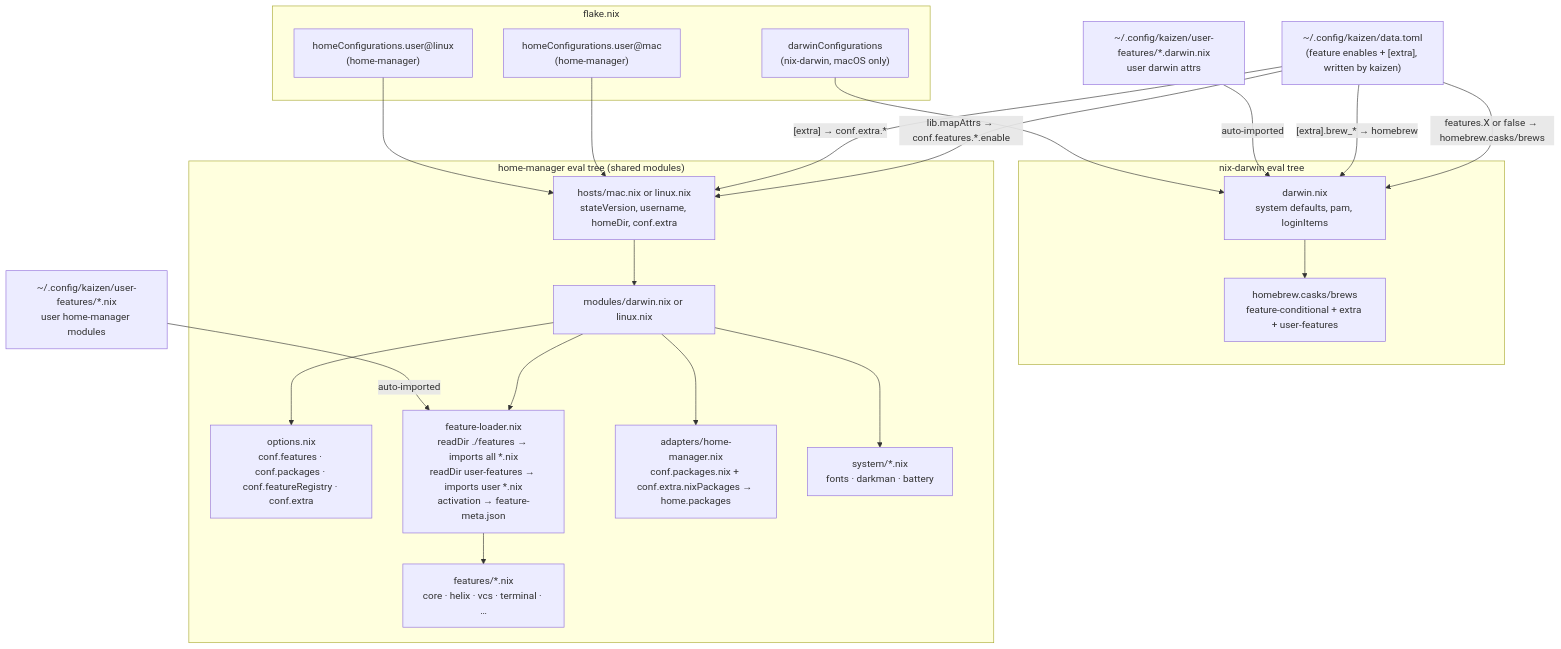
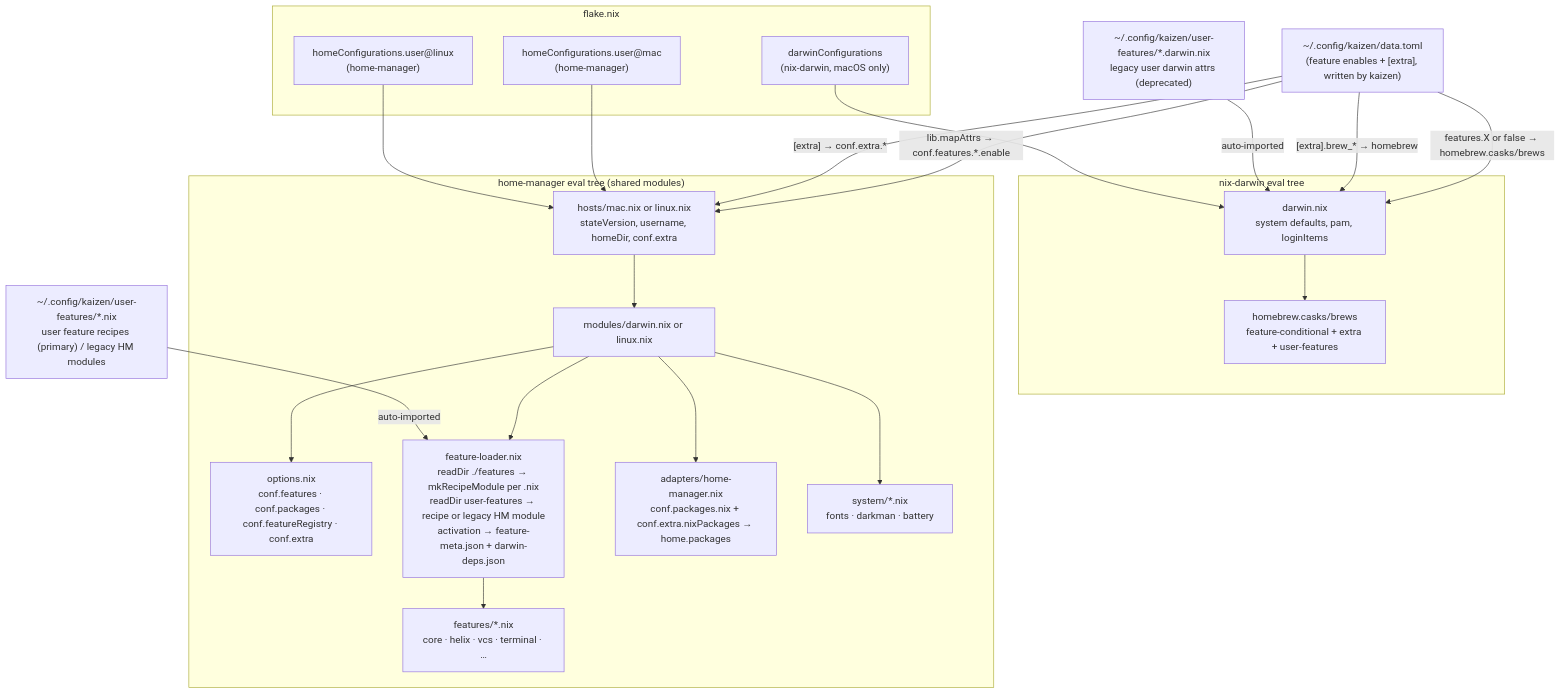
Before and after one commit to Artawower/kaizen: the seventh of 7 diagrams in docs/architecture.md, drawn with Mermaid. The commit also changed other lines of this file and 31 other files, not shown here.

First line of the commit message:
feat(nix): recipe-first feature API — pure attrset declarations

````diff
--- a/docs/architecture.md
+++ b/docs/architecture.md
@@ -233,46 +233,46 @@
 ```mermaid
 graph TD
     data["~/.config/kaizen/data.toml<br/>(feature enables + [extra], written by kaizen)"]
-    user_nix["~/.config/kaizen/user-features/*.nix<br/>user home-manager modules"]
-    user_darwin["~/.config/kaizen/user-features/*.darwin.nix<br/>user darwin attrs"]
+    user_nix["~/.config/kaizen/user-features/*.nix<br/>user feature recipes (primary) / legacy HM modules"]
+    user_darwin["~/.config/kaizen/user-features/*.darwin.nix<br/>legacy user darwin attrs (deprecated)"]
 
     subgraph flake["flake.nix"]
         darwin_cfg["darwinConfigurations<br/>(nix-darwin, macOS only)"]
         hm_mac["homeConfigurations.user@mac<br/>(home-manager)"]
         hm_linux["homeConfigurations.user@linux<br/>(home-manager)"]
     end
 
     subgraph darwin_tree["nix-darwin eval tree"]
         darwin_nix["darwin.nix<br/>system defaults, pam, loginItems"]
         brew["homebrew.casks/brews<br/>feature-conditional + extra + user-features"]
         darwin_nix --> brew
     end
 
     subgraph hm_tree["home-manager eval tree (shared modules)"]
         host["hosts/mac.nix or linux.nix<br/>stateVersion, username, homeDir, conf.extra"]
         mod["modules/darwin.nix or linux.nix"]
         options["options.nix<br/>conf.features · conf.packages · conf.featureRegistry · conf.extra"]
-        loader["feature-loader.nix<br/>readDir ./features → imports all *.nix<br/>readDir user-features → imports user *.nix<br/>activation → feature-meta.json"]
+        loader["feature-loader.nix<br/>readDir ./features → mkRecipeModule per .nix<br/>readDir user-features → recipe or legacy HM module<br/>activation → feature-meta.json + darwin-deps.json"]
         features["features/*.nix<br/>core · helix · vcs · terminal · …"]
         adapter["adapters/home-manager.nix<br/>conf.packages.nix + conf.extra.nixPackages → home.packages"]
         system["system/*.nix<br/>fonts · darkman · battery"]
 
         host --> mod
         mod --> options
         mod --> loader
         mod --> adapter
         mod --> system
         loader --> features
     end
 
     data -- "lib.mapAttrs → conf.features.*.enable" --> host
     data -- "[extra] → conf.extra.*" --> host
     data -- "features.X or false → homebrew.casks/brews" --> darwin_nix
     data -- "[extra].brew_* → homebrew" --> darwin_nix
     user_nix -- "auto-imported" --> loader
     user_darwin -- "auto-imported" --> darwin_nix
 
     darwin_cfg --> darwin_nix
     hm_mac --> host
     hm_linux --> host
 ```
````
